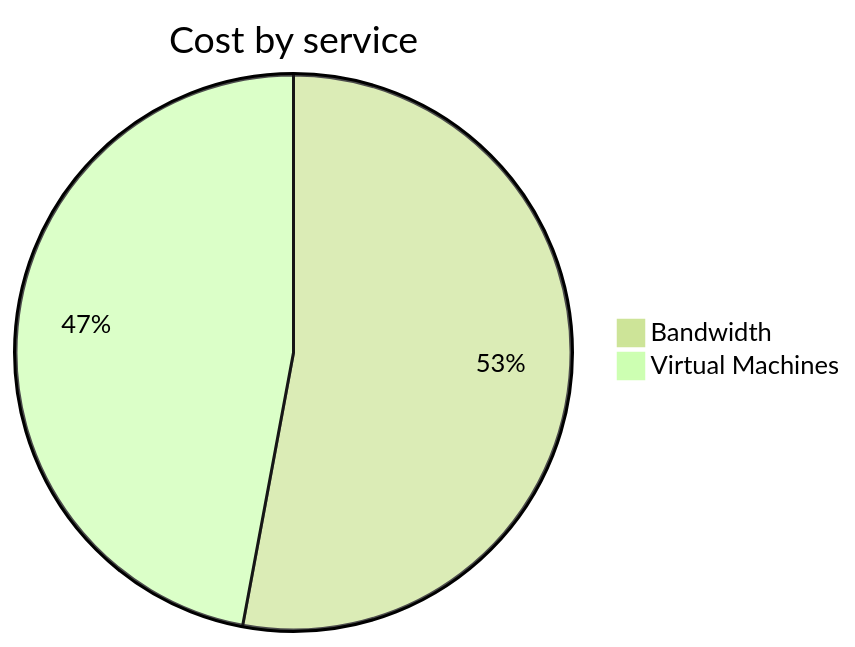
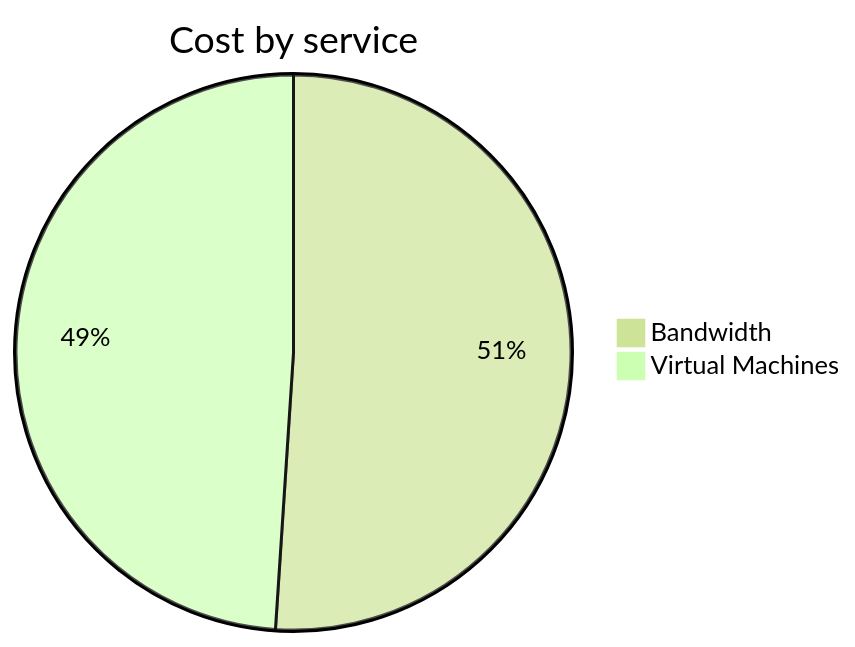
Before and after one commit to jpfulton/azure-personal-reports: the second of 4 diagrams in cost-reports/personal-network/vpn-server.md, drawn with Mermaid (forest theme). The commit also changed other lines of this file and 8 other files, not shown here.

````diff
--- a/cost-reports/personal-network/vpn-server.md
+++ b/cost-reports/personal-network/vpn-server.md
@@ -96,6 +96,6 @@
 ```mermaid
 pie
    title Cost by service
    "Bandwidth" : 2.71
-   "Virtual Machines" : 2.41
+   "Virtual Machines" : 2.60
 ```
````
